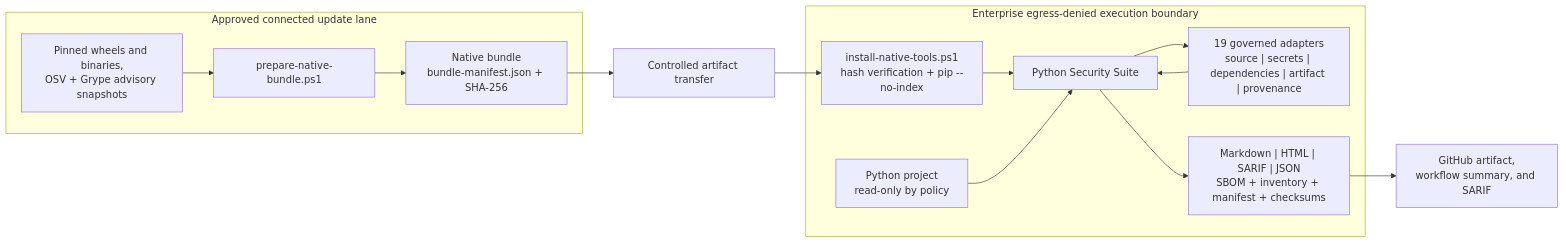
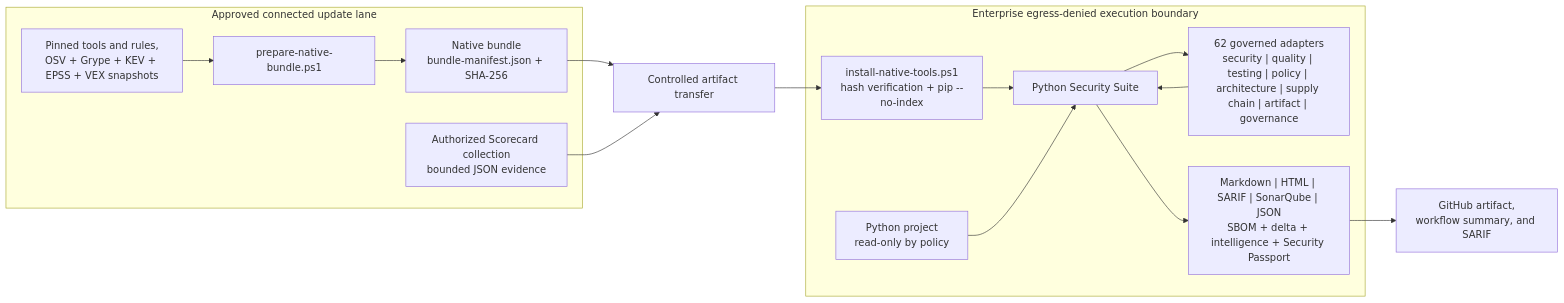
Before and after one commit to willtran87/project-py-security-suite: the first of 8 diagrams in docs/design.md, drawn with Mermaid. The commit also changed other lines of this file and 140 other files, not shown here.

````diff
--- a/docs/design.md
+++ b/docs/design.md
@@ -29,29 +29,31 @@
 ```mermaid
 flowchart LR
     subgraph Connected["Approved connected update lane"]
         Prep["prepare-native-bundle.ps1"]
-        Sources["Pinned wheels and binaries,<br/>OSV + Grype advisory snapshots"]
+        Sources["Pinned tools and rules,<br/>OSV + Grype + KEV + EPSS + VEX snapshots"]
+        ScorecardCollect["Authorized Scorecard collection<br/>bounded JSON evidence"]
         Bundle["Native bundle<br/>bundle-manifest.json + SHA-256"]
         Sources --> Prep --> Bundle
     end
 
     Transfer["Controlled artifact transfer"]
 
     subgraph Boundary["Enterprise egress-denied execution boundary"]
         Install["install-native-tools.ps1<br/>hash verification + pip --no-index"]
         Project["Python project<br/>read-only by policy"]
         Suite["Python Security Suite"]
-        Scanners["19 governed adapters<br/>source | secrets | dependencies | artifact | provenance"]
-        Reports["Markdown | HTML | SARIF | JSON<br/>SBOM + inventory + manifest + checksums"]
+        Scanners["62 governed adapters<br/>security | quality | testing | policy | architecture | supply chain | artifact | governance"]
+        Reports["Markdown | HTML | SARIF | SonarQube | JSON<br/>SBOM + delta + intelligence + Security Passport"]
         Install --> Suite
         Project --> Suite
         Suite --> Scanners
         Scanners --> Suite
         Suite --> Reports
     end
 
     GitHub["GitHub artifact,<br/>workflow summary, and SARIF"]
 
     Bundle --> Transfer --> Install
+    ScorecardCollect --> Transfer
     Reports --> GitHub
 ```
````
